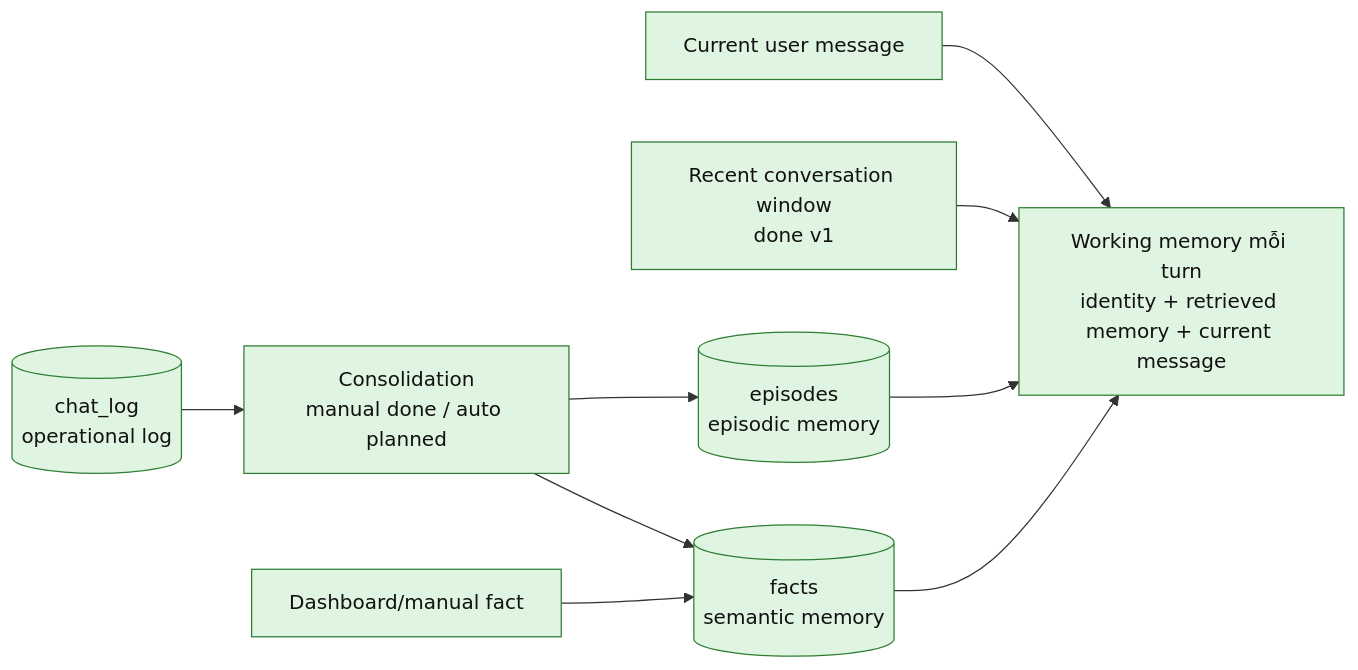
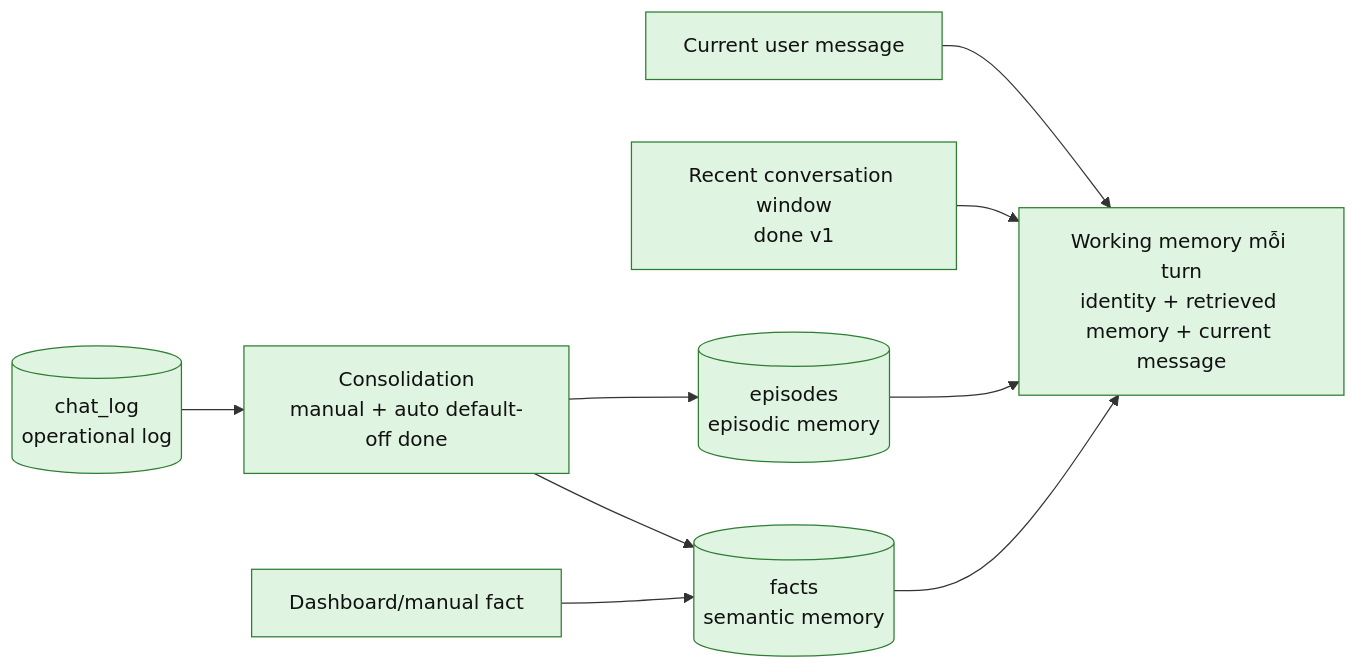
One commit to LuongAnh1/Niko_Agent changed the eighth of 8 diagrams in docs/memory/chat-memory-architecture-flow.md. Above: the diagram before and after it, drawn with Mermaid. The commit also changed other lines of this file and 14 other files, not shown here.

````diff
--- a/docs/memory/chat-memory-architecture-flow.md
+++ b/docs/memory/chat-memory-architecture-flow.md
@@ -341,18 +343,18 @@
 ```mermaid
 flowchart LR
     Current[Current user message] --> Working[Working memory mỗi turn<br/>identity + retrieved memory + current message]
     Recent[Recent conversation window<br/>done v1] --> Working
     Facts[(facts<br/>semantic memory)] --> Working
     Episodes[(episodes<br/>episodic memory)] --> Working
 
-    ChatLog[(chat_log<br/>operational log)] --> Consolidation[Consolidation<br/>manual done / auto planned]
+    ChatLog[(chat_log<br/>operational log)] --> Consolidation[Consolidation<br/>manual + auto default-off done]
     Consolidation --> Facts
     Consolidation --> Episodes
 
     Manual[Dashboard/manual fact] --> Facts
 
     classDef done fill:#dff5e1,stroke:#2e7d32,color:#111;
     classDef planned fill:#fff4cc,stroke:#b7791f,color:#111;
 
     class Current,Working,Facts,Episodes,ChatLog,Manual,Consolidation,Recent done;
 ```
````
